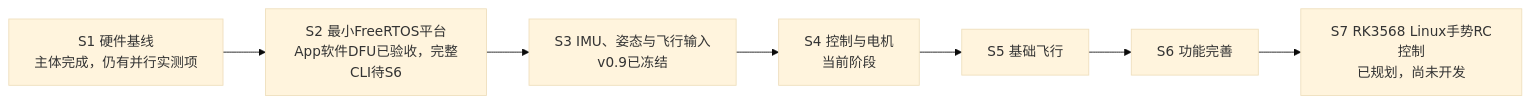
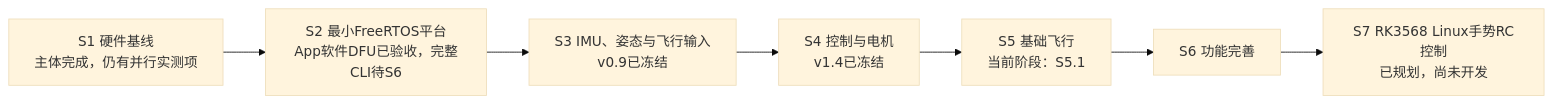
Before and after one commit to weiguang0423/getfun-f722-freertos: the diagram in Docs/00_项目开发路线与统一进度.md, drawn with Mermaid (base theme). The commit also changed other lines of this file and 3 other files, not shown here.

````diff
--- a/Docs/00_项目开发路线与统一进度.md
+++ b/Docs/00_项目开发路线与统一进度.md
@@ -98,12 +98,12 @@
 ```mermaid
 flowchart LR
     S1["S1 硬件基线<br/>主体完成，仍有并行实测项"]
     S2["S2 最小FreeRTOS平台<br/>App软件DFU已验收，完整CLI待S6"]
     S3["S3 IMU、姿态与飞行输入<br/>v0.9已冻结"]
-    S4["S4 控制与电机<br/>当前阶段"]
-    S5["S5 基础飞行"]
+    S4["S4 控制与电机<br/>v1.4已冻结"]
+    S5["S5 基础飞行<br/>当前阶段：S5.1"]
     S6["S6 功能完善"]
     S7["S7 RK3568 Linux手势RC控制<br/>已规划，尚未开发"]
 
     S1 --> S2 --> S3 --> S4 --> S5 --> S6 --> S7
 ```
````
